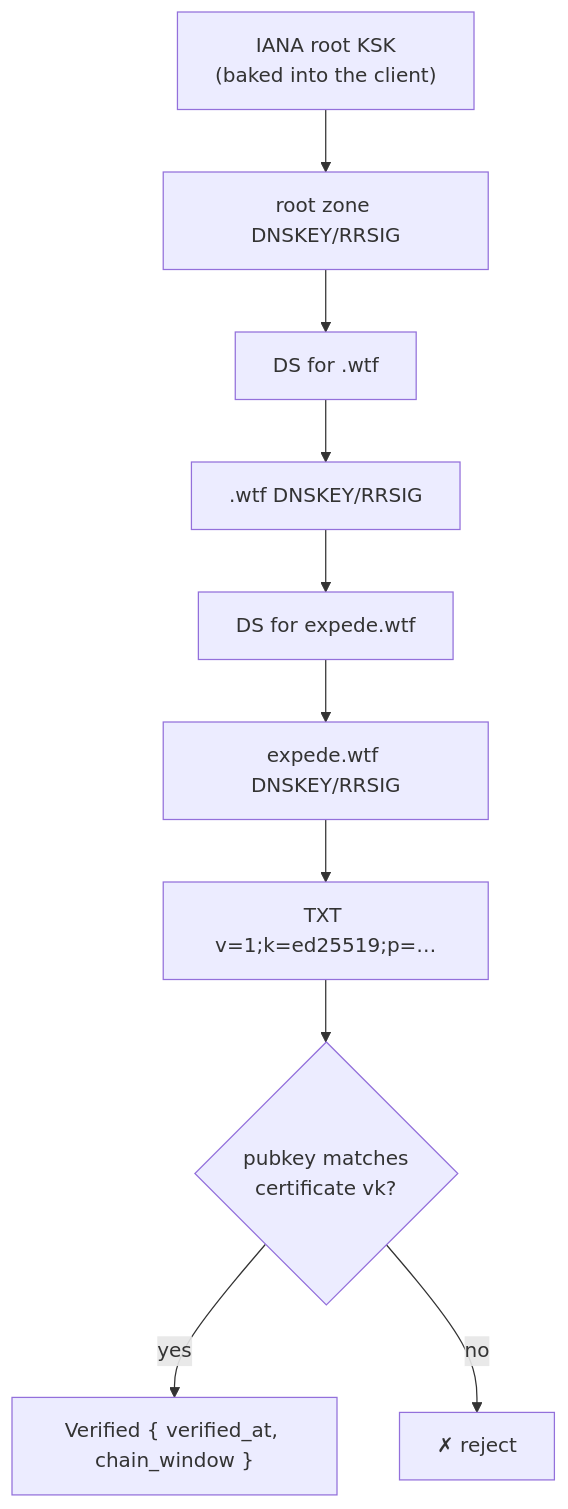
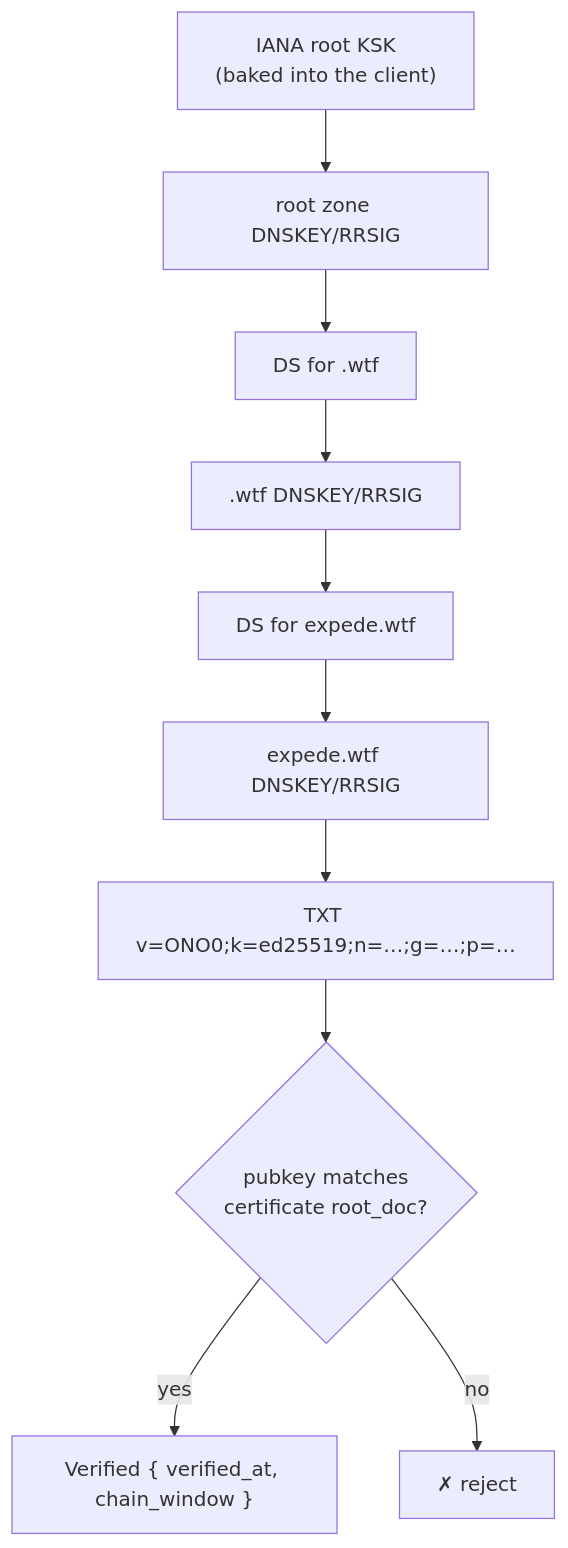
The diagram in design/dns-binding.md (inkandswitch/onomancy), drawn with Mermaid before and after one commit. The commit also changed other lines of this file and 42 other files, not shown here.

````diff
--- a/design/dns-binding.md
+++ b/design/dns-binding.md
@@ -49,13 +78,13 @@
 ```mermaid
 flowchart TD
     KSK["IANA root KSK<br/>(baked into the client)"]
     KSK --> RZ["root zone DNSKEY/RRSIG"]
     RZ --> DS1["DS for .wtf"]
     DS1 --> TLD[".wtf DNSKEY/RRSIG"]
     TLD --> DS2["DS for expede.wtf"]
     DS2 --> Z["expede.wtf DNSKEY/RRSIG"]
-    Z --> TXT["TXT v=1;k=ed25519;p=…"]
-    TXT --> OK{"pubkey matches<br/>certificate vk?"}
+    Z --> TXT["TXT v=ONO0;k=ed25519;n=…;g=…;p=…"]
+    TXT --> OK{"pubkey matches<br/>certificate root_doc?"}
     OK -->|yes| V["Verified { verified_at, chain_window }"]
     OK -->|no| X["✗ reject"]
 ```
````
